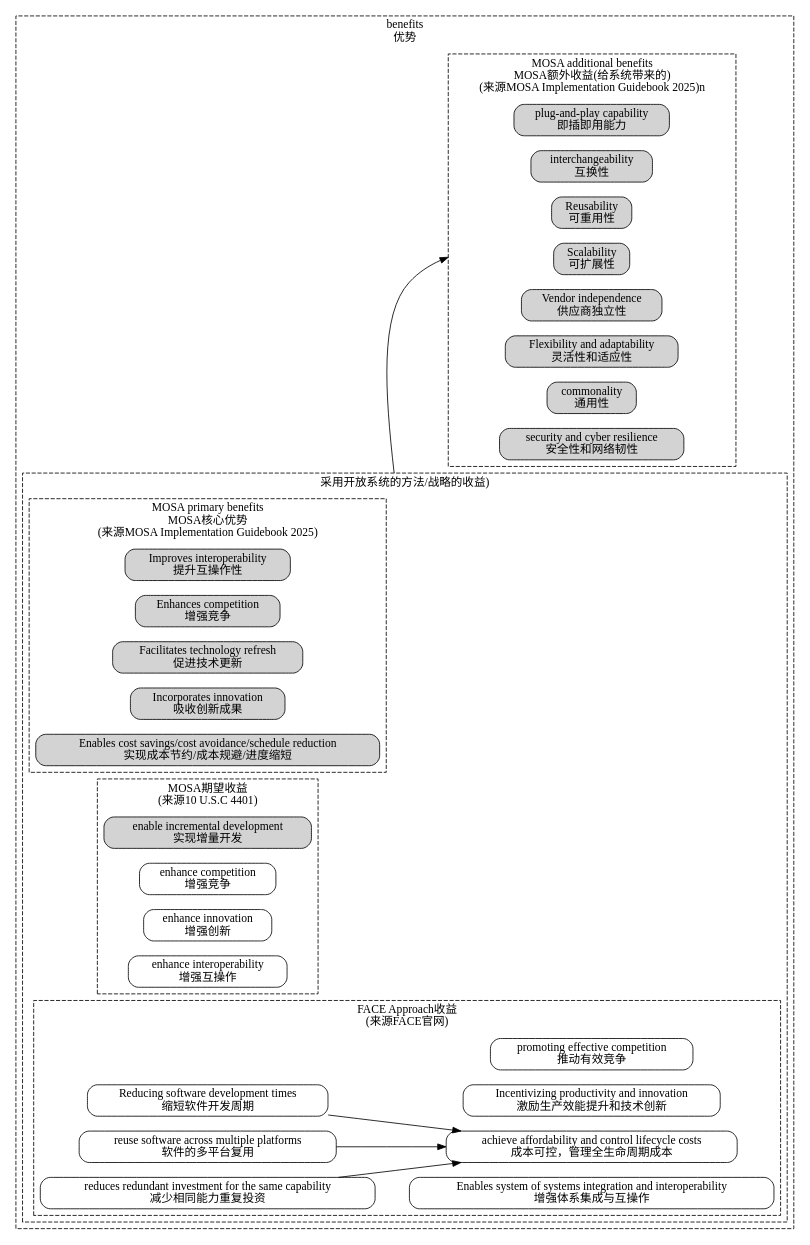
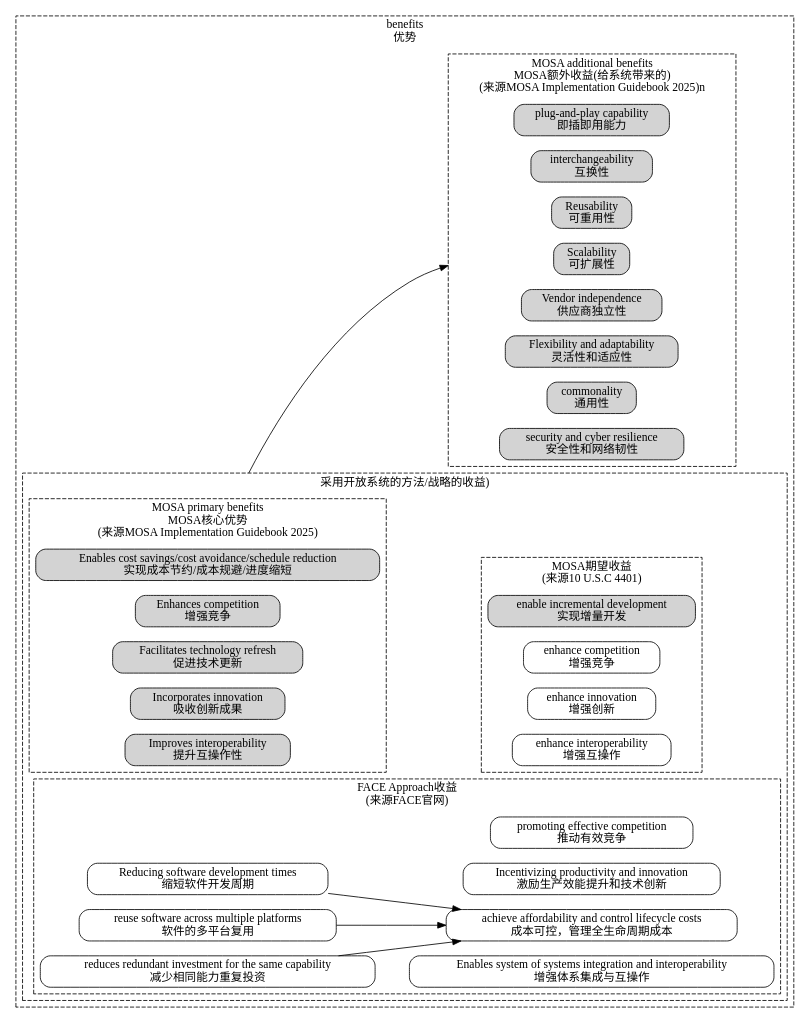
The diagram in parts/soa_feature_benifits.dot (chaozhang2000/soa), drawn with Graphviz before and after one commit. The commit also changed 2 other files, not shown here.

```diff
--- a/parts/soa_feature_benifits.dot
+++ b/parts/soa_feature_benifits.dot
@@ -1,60 +1,60 @@
 digraph G {
   graph [rankdir=LR,compound=true];
   node [shape=box, style="rounded,filled"];
 subgraph cluster_MOSA_benefits{
 	label="benefits\n优势"
 	style = dashed;
 subgraph cluster_MOSA_benefits1{
 	label="采用开放系统的方法/战略的收益)"
 	style = dashed;
 	
 	subgraph cluster_MOSA_primary_benefits{
 	label="MOSA primary benefits\nMOSA核心优势\n(来源MOSA Implementation Guidebook 2025)"
 	style = dashed;
 	MOSA_Benefit1[label="Improves interoperability\n提升互操作性"]
 	MOSA_Benefit2[label="Enhances competition\n增强竞争"]
 	MOSA_Benefit3[label="Facilitates technology refresh\n促进技术更新"]
 	MOSA_Benefit4[label="Incorporates innovation\n吸收创新成果"]
 	MOSA_Benefit5[label="Enables cost savings/cost avoidance/schedule reduction\n实现成本节约/成本规避/进度缩短"]
 	}
 subgraph cluster_MOSA_benefits2{
 	label="MOSA期望收益\n(来源10 U.S.C 4401)"
 	style = dashed;
 	MOSA_Benefit14[label="enable incremental development\n实现增量开发"]
 	MOSA_Benefit15[label="enhance competition\n增强竞争",color=black,fillcolor=white]
 	MOSA_Benefit16[label="enhance innovation\n增强创新",color=black,fillcolor=white]
 	MOSA_Benefit17[label="enhance interoperability\n增强互操作",color=black,fillcolor=white]
 }
 subgraph cluster_FACE_benefits2{
 	label="FACE Approach收益\n(来源FACE官网)"
 	style = dashed;
 	FACE_Benefit0[label="promoting effective competition\n推动有效竞争",color=black,fillcolor=white]
 	FACE_Benefit1[label="achieve affordability and control lifecycle costs\n成本可控，管理全生命周期成本",color=black,fillcolor=white]
 	FACE_Benefit2[label="Incentivizing productivity and innovation\n激励生产效能提升和技术创新",color=black,fillcolor=white]
 	FACE_Benefit3[label="Reducing software development times\n缩短软件开发周期",color=black,fillcolor=white]
 	FACE_Benefit4[label="reuse software across multiple platforms\n软件的多平台复用",color=black,fillcolor=white]
 	FACE_Benefit5[label="reduces redundant investment for the same capability\n减少相同能力重复投资",color=black,fillcolor=white]
 	FACE_Benefit6[label="Enables system of systems integration and interoperability\n增强体系集成与互操作",color=black,fillcolor=white]
 	{rank=same;FACE_Benefit1;FACE_Benefit2;FACE_Benefit6;FACE_Benefit0}
 	FACE_Benefit3->FACE_Benefit1
 	FACE_Benefit4->FACE_Benefit1
 	FACE_Benefit5->FACE_Benefit1
 }
 }
 	subgraph cluster_MOSA_additional_benefits{
 	label="MOSA additional benefits\nMOSA额外收益(给系统带来的)\n(来源MOSA Implementation Guidebook 2025)n"
 	style = dashed;
 	MOSA_Benefit6[label="plug-and-play capability\n即插即用能力"]
 	MOSA_Benefit7[label="interchangeability\n互换性"]
 	MOSA_Benefit8[label="Reusability\n可重用性"]
 	MOSA_Benefit9[label="Scalability\n可扩展性"]
 	MOSA_Benefit10[label="Vendor independence\n供应商独立性"]
 	MOSA_Benefit11[label="Flexibility and adaptability\n灵活性和适应性"]
 	MOSA_Benefit12[label="commonality\n通用性"]
 	MOSA_Benefit13[label="security and cyber resilience\n安全性和网络韧性"]
 	
 	}
 }
 MOSA_Benefit5->MOSA_Benefit9[lhead = "cluster_MOSA_additional_benefits",ltail = "cluster_MOSA_benefits1"]
-//MOSA_Benefit1->MOSA_Benefit14[style=invis]
+MOSA_Benefit1->MOSA_Benefit14[style=invis]
 }
```
